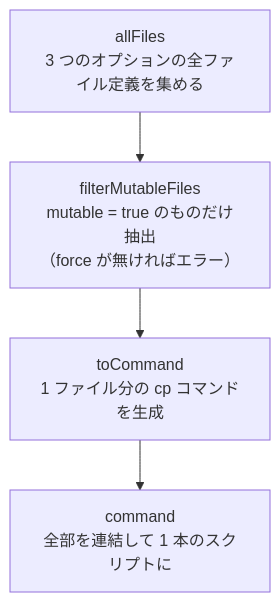
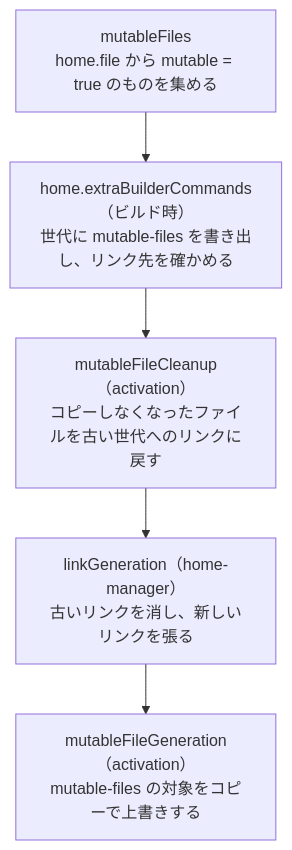
One commit to santamn/hydenix changed the diagram in docs-ja/04-mutable-files.md. Above: the diagram before and after it, drawn with Mermaid. The commit also changed other lines of this file and 11 other files, not shown here.

````diff
--- a/docs-ja/04-mutable-files.md
+++ b/docs-ja/04-mutable-files.md
@@ -101,8 +101,9 @@
 ```mermaid
 flowchart TD
-    A["allFiles<br/>3 つのオプションの全ファイル定義を集める"]
-    B["filterMutableFiles<br/>mutable = true のものだけ抽出<br/>（force が無ければエラー）"]
-    C["toCommand<br/>1 ファイル分の cp コマンドを生成"]
-    D["command<br/>全部を連結して 1 本のスクリプトに"]
-    A --> B --> C --> D
+    A["mutableFiles<br/>home.file から mutable = true のものを集める"]
+    B["home.extraBuilderCommands（ビルド時）<br/>世代に mutable-files を書き出し、リンク先を確かめる"]
+    C["mutableFileCleanup（activation）<br/>コピーしなくなったファイルを古い世代へのリンクに戻す"]
+    D["linkGeneration（home-manager）<br/>古いリンクを消し、新しいリンクを張る"]
+    E["mutableFileGeneration（activation）<br/>mutable-files の対象をコピーで上書きする"]
+    A --> B --> C --> D --> E
 ```
````
